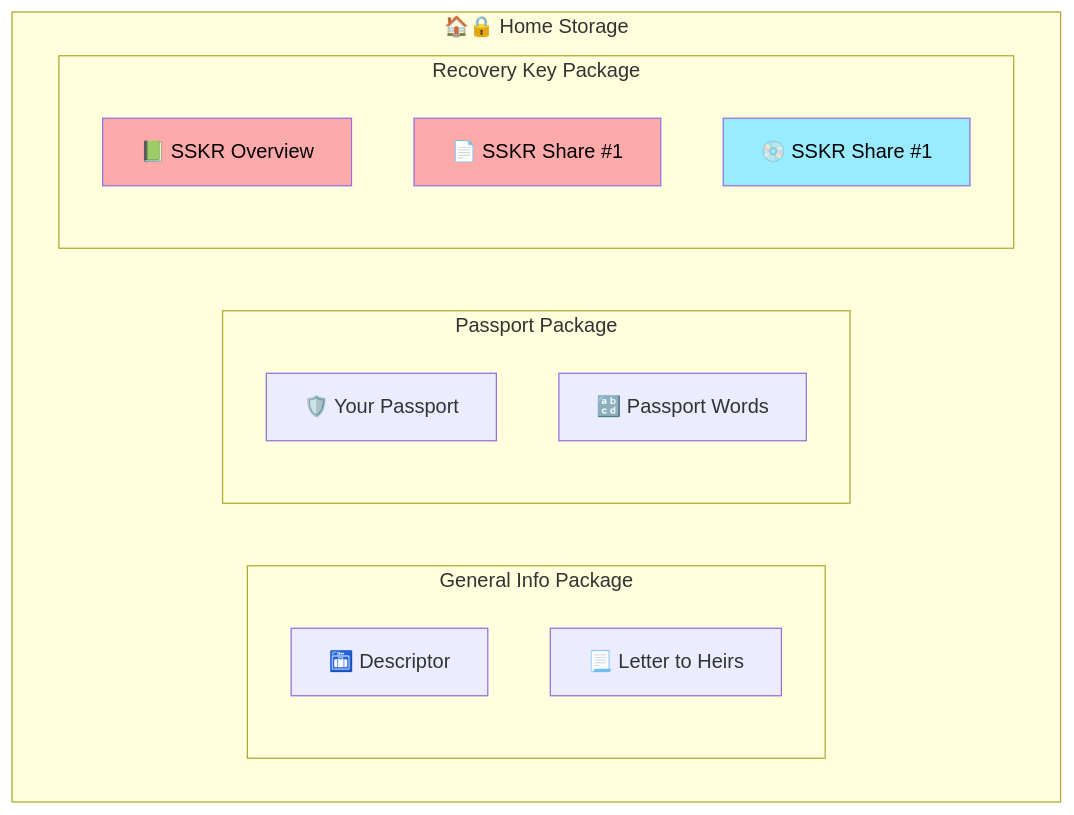
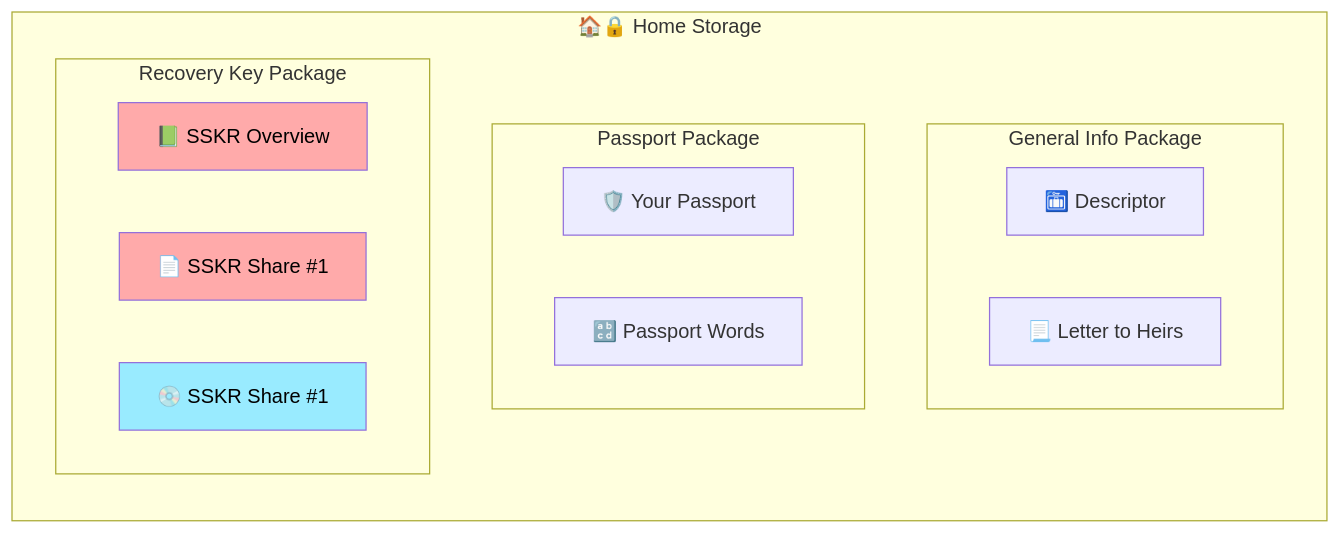
Before and after one commit to BlockchainCommons/SmartCustody: the fourth of 55 diagrams in Docs/Scenario-Multisig.md, drawn with Mermaid. The commit also changed other lines of this file, not shown here.

````diff
--- a/Docs/Scenario-Multisig.md
+++ b/Docs/Scenario-Multisig.md
@@ -172,26 +174,26 @@
 ```mermaid
-    graph TD
-    subgraph home["🏠🔒 Home Storage"]
+    graph LR
+    subgraph homestorage["🏠🔒 Home Storage"]
 
       subgraph "General Info Package"
       B6["🛅 Descriptor"]
       B7["📃 Letter to Heirs"]
       end
 
       subgraph "Passport Package"
       B4["🛡️ Your Passport"]
       B5["🔡 Passport Words"]
       end
 
       subgraph "Recovery Key Package"
       B1["📗 SSKR Overview"]
       B2["📄 SSKR Share #1"]
       B3["💿 SSKR Share #1"]
       end
 
       style B1 color:#000,fill:#ffaaaa;
       style B2 color:#000,fill:#ffaaaa;
       style B3 color:#000,fill:#99ebff;
 
     end
 ```
````
